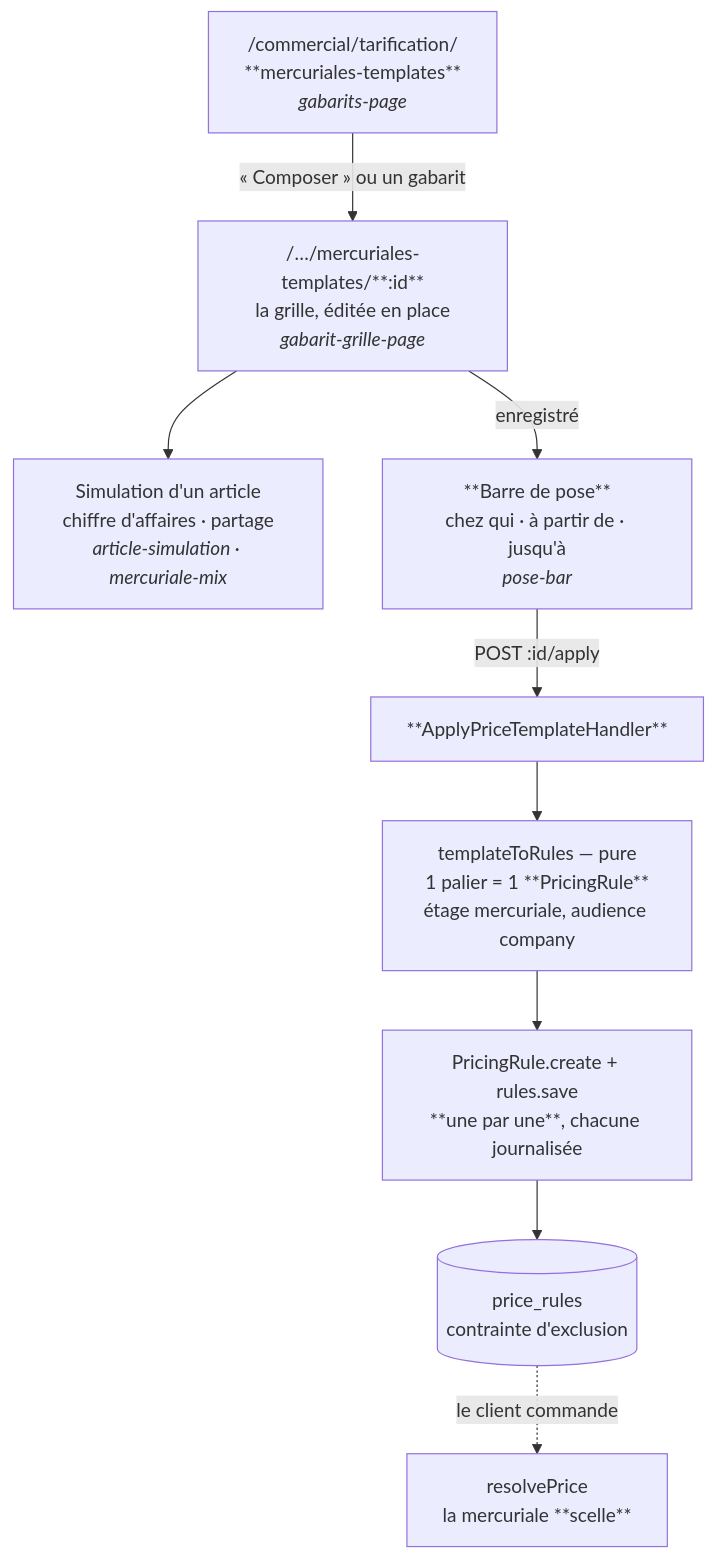
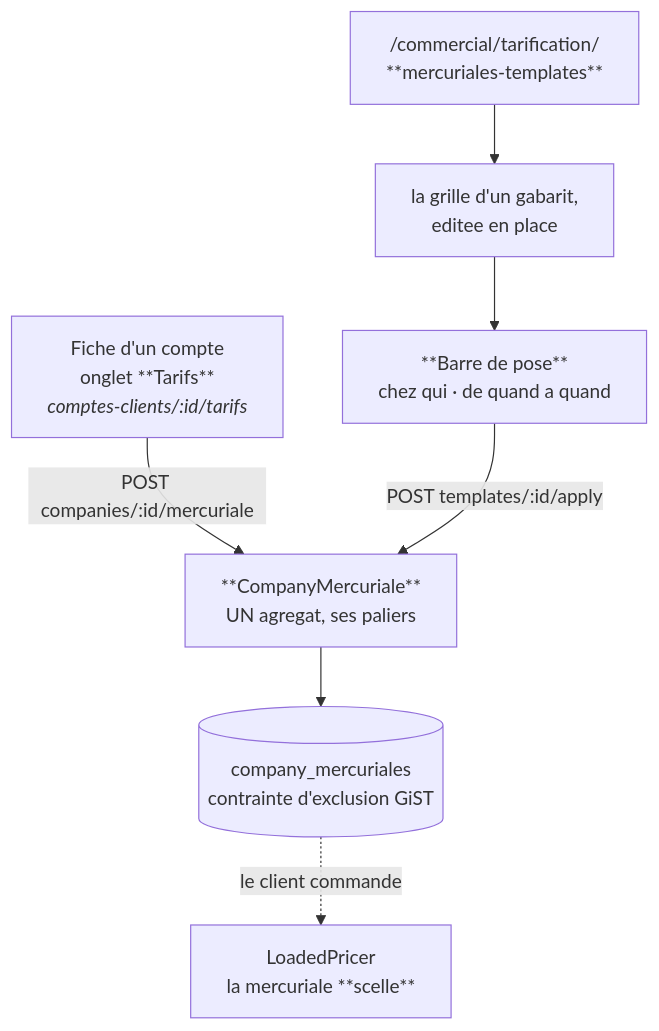
Before and after one commit to hugoheynard/lfd: the diagram in documentation/pricing/mercuriales/etat-des-lieux-mercuriale-client.md, drawn with Mermaid. The commit also changed other lines of this file and 3 other files, not shown here.

First line of the commit message:
docs(pricing): l'état des lieux mercuriale passe aux affirmations

````diff
--- a/documentation/pricing/mercuriales/etat-des-lieux-mercuriale-client.md
+++ b/documentation/pricing/mercuriales/etat-des-lieux-mercuriale-client.md
@@ -57,18 +29,14 @@
 ```mermaid
 flowchart TD
-  Liste["/commercial/tarification/<br/>**mercuriales-templates**<br/><i>gabarits-page</i>"]
-  Grille["/…/mercuriales-templates/**:id**<br/>la grille, éditée en place<br/><i>gabarit-grille-page</i>"]
-  Simu["Simulation d'un article<br/>chiffre d'affaires · partage<br/><i>article-simulation · mercuriale-mix</i>"]
-  Barre["**Barre de pose**<br/>chez qui · à partir de · jusqu'à<br/><i>pose-bar</i>"]
+  Fiche["Fiche d'un compte<br/>onglet **Tarifs**<br/><i>comptes-clients/:id/tarifs</i>"]
+  Liste["/commercial/tarification/<br/>**mercuriales-templates**"]
+  Grille["la grille d'un gabarit,<br/>editee en place"]
+  Barre["**Barre de pose**<br/>chez qui · de quand a quand"]
 
-  Liste -->|« Composer » ou un gabarit| Grille
-  Grille --> Simu
-  Grille -->|enregistré| Barre
+  Fiche -->|"POST companies/:id/mercuriale"| Agg
+  Liste --> Grille --> Barre
+  Barre -->|"POST templates/:id/apply"| Agg["**CompanyMercuriale**<br/>UN agregat, ses paliers"]
 
-  Barre -->|POST :id/apply| Apply["**ApplyPriceTemplateHandler**"]
-  Apply --> Rules["templateToRules — pure<br/>1 palier = 1 **PricingRule**<br/>étage mercuriale, audience company"]
-  Rules --> Save["PricingRule.create + rules.save<br/>**une par une**, chacune journalisée"]
-  Save --> DB[("price_rules<br/>contrainte d'exclusion")]
-
-  DB -.->|le client commande| Resolve["resolvePrice<br/>la mercuriale **scelle**"]
+  Agg --> DB[("company_mercuriales<br/>contrainte d'exclusion GiST")]
+  DB -.->|le client commande| Resolve["LoadedPricer<br/>la mercuriale **scelle**"]
 ```
````
